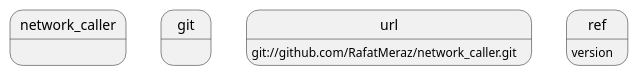
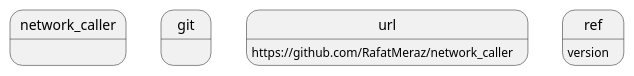
The diagram in README.md (RafatMeraz/network_caller), drawn with PlantUML before and after one commit.

````diff
--- a/README.md
+++ b/README.md
@@ -26,6 +26,6 @@
 ```puml
  network_caller:
     git:
-      url: git://github.com/RafatMeraz/network_caller.git
+      url: https://github.com/RafatMeraz/network_caller
       ref: version
 ```
````
